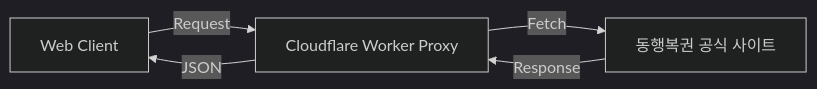
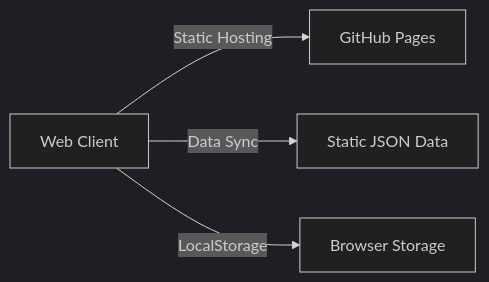
Before and after one commit to twbeatles/lotto-pension-pro-webapp: the diagram in README.md, drawn with Mermaid (dark theme). The commit also changed other lines of this file and 1 other file, not shown here.

````diff
--- a/README.md
+++ b/README.md
@@ -8,7 +19,6 @@
 ```mermaid
 graph LR
-    User[Web Client] -->|Request| Proxy[Cloudflare Worker Proxy]
-    Proxy -->|Fetch| LottoAPI[동행복권 공식 사이트]
-    LottoAPI -->|Response| Proxy
-    Proxy -->|JSON| User
+    User[Web Client] -->|Static Hosting| GitHubPages[GitHub Pages]
+    User -->|Data Sync| JSON[Static JSON Data]
+    User -->|LocalStorage| Browser[Browser Storage]
 ```
````
